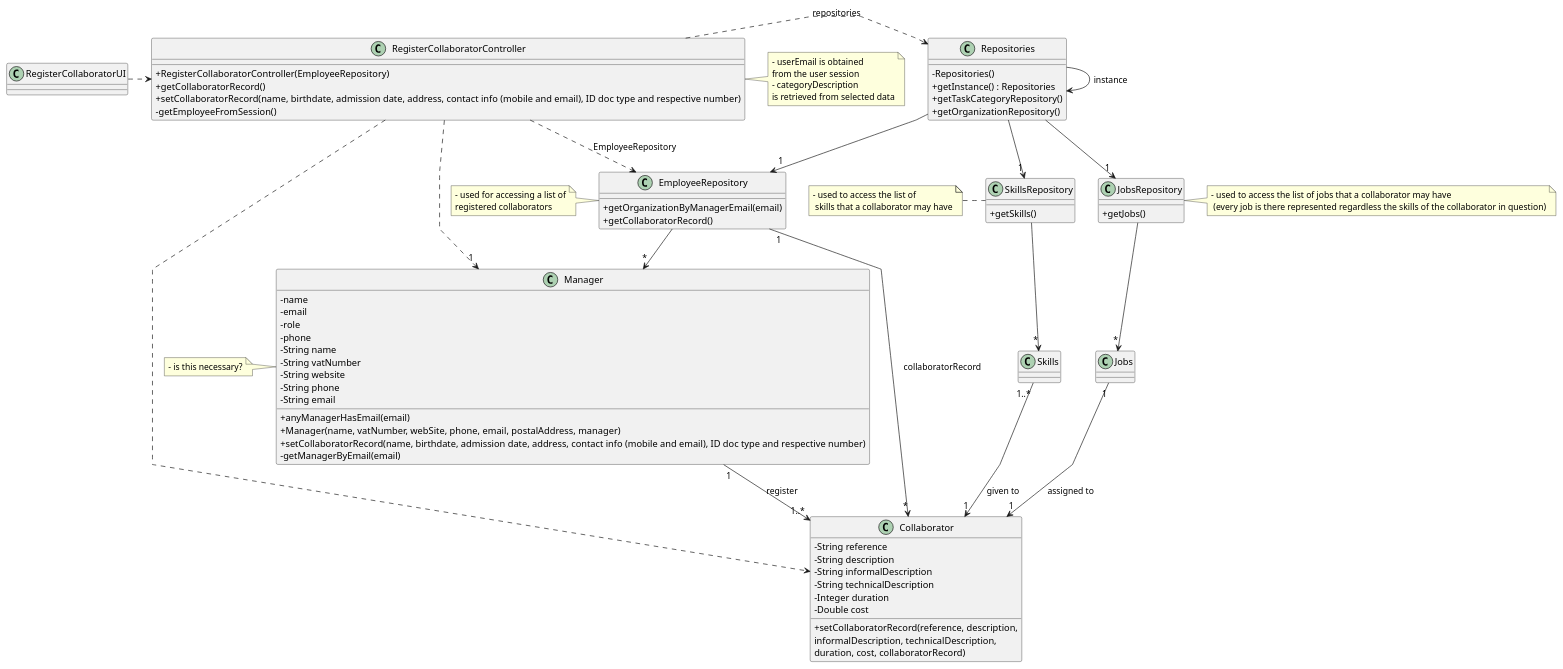
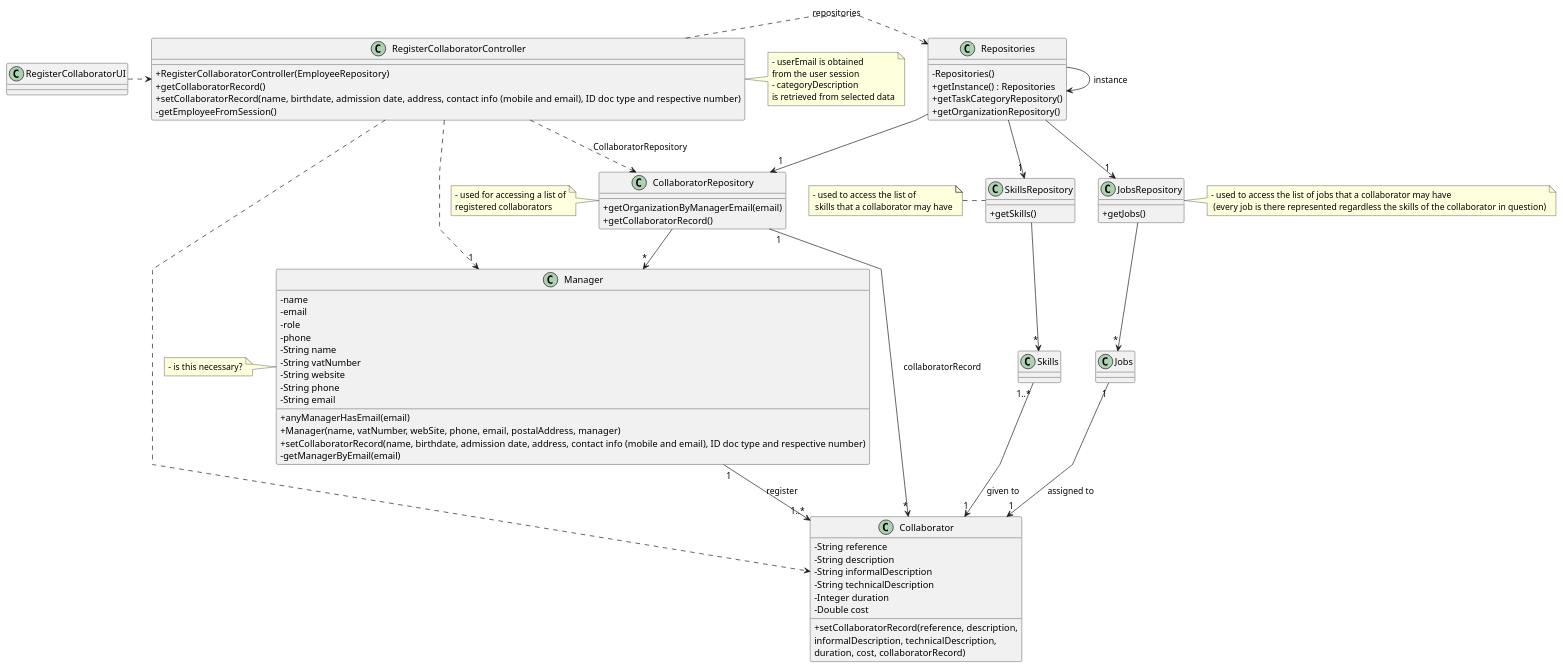
The diagram in docs/sprint B/us003/03.design/puml/us03-class-diagram.puml (Departamento-de-Engenharia-Informatica/lei-24-s2-1df-1de-g063), drawn with PlantUML before and after one commit.

```diff
--- a/docs/sprint B/us003/03.design/puml/us03-class-diagram.puml
+++ b/docs/sprint B/us003/03.design/puml/us03-class-diagram.puml
@@ -1,127 +1,127 @@
 @startuml
 'skinparam monochrome true
 skinparam packageStyle rectangle
 skinparam shadowing false
 skinparam linetype polyline
 'skinparam linetype orto
 
 skinparam classAttributeIconSize 0
 
 'left to right direction
 
 
 class Manager {
     - name
     - email
     - role
     - phone
 }
 
 class Collaborator {
     - String reference
     - String description
     - String informalDescription
     - String technicalDescription
     - Integer duration
     - Double cost
 
     + setCollaboratorRecord(reference, description,\ninformalDescription, technicalDescription,\nduration, cost, collaboratorRecord)
 }
 
 
 class Manager {
     - String name
     - String vatNumber
     - String website
     - String phone
     - String email
 
     + anyManagerHasEmail(email)
     + Manager(name, vatNumber, webSite, phone, email, postalAddress, manager)
     + setCollaboratorRecord(name, birthdate, admission date, address, contact info (mobile and email), ID doc type and respective number)
     - getManagerByEmail(email)
 
 '  +saveTask(task)
 }
 class Skills{}
 class SkillsRepository{
     +getSkills()
 }
 class Jobs{}
 class JobsRepository{
     +getJobs()
 }
 note left of SkillsRepository
     - used to access the list of
      skills that a collaborator may have
 end note
 note right of JobsRepository
     - used to access the list of jobs that a collaborator may have
      (every job is there represented regardless the skills of the collaborator in question)
 end note
 
-class EmployeeRepository {
+class CollaboratorRepository {
     + getOrganizationByManagerEmail(email)
     + getCollaboratorRecord()
 }
 
 class Repositories {
     - Repositories()
     + getInstance() : Repositories
     + getTaskCategoryRepository()
     + getOrganizationRepository()
 }
 
 class RegisterCollaboratorController {
     + RegisterCollaboratorController(EmployeeRepository)
     + getCollaboratorRecord()
     + setCollaboratorRecord(name, birthdate, admission date, address, contact info (mobile and email), ID doc type and respective number)
     - getEmployeeFromSession()
 }
 
 note right of RegisterCollaboratorController
     - userEmail is obtained
     from the user session
     - categoryDescription
     is retrieved from selected data
 end note
 
-note left of EmployeeRepository
+note left of CollaboratorRepository
     - used for accessing a list of
     registered collaborators
 end note
 
 
 note left of Manager
     - is this necessary?
 end note
 
 class RegisterCollaboratorUI {
 }
 
 Repositories -> Repositories : instance
 
 RegisterCollaboratorUI .> RegisterCollaboratorController
 
 RegisterCollaboratorController .> Repositories : repositories
 
 RegisterCollaboratorController ..> Collaborator
-RegisterCollaboratorController ..> EmployeeRepository : EmployeeRepository
+RegisterCollaboratorController ..> CollaboratorRepository : CollaboratorRepository
 
-Repositories --> "1" EmployeeRepository
+Repositories --> "1" CollaboratorRepository
 
-EmployeeRepository --> "*" Manager
+CollaboratorRepository --> "*" Manager
 
 RegisterCollaboratorController ..> "1" Manager
 
-EmployeeRepository "1" --> "*" Collaborator : collaboratorRecord
+CollaboratorRepository "1" --> "*" Collaborator : collaboratorRecord
 Manager "1" --> "1..*" Collaborator : register
 
 Repositories --> "1" SkillsRepository
 Repositories --> "1" JobsRepository
 SkillsRepository --> "*"Skills
 JobsRepository --> "*"Jobs
 Skills "1..*" --> "1" Collaborator : given to
 Jobs "1"--> "1" Collaborator : assigned to
 
 @enduml
```
